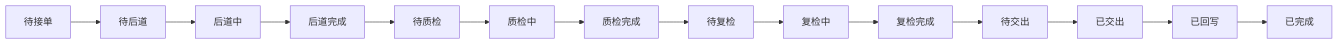
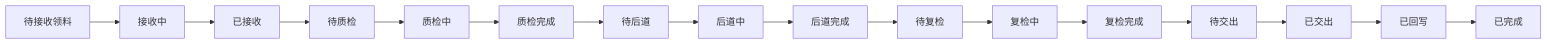
The seventh of 8 diagrams in docs/fcs-post-finishing-and-craft-tabs.md (laoertongxue/higoods), drawn with Mermaid before and after one commit. The commit also changed other lines of this file and 29 other files, not shown here.

````diff
--- a/docs/fcs-post-finishing-and-craft-tabs.md
+++ b/docs/fcs-post-finishing-and-craft-tabs.md
@@ -107,16 +109,18 @@
 ```mermaid
 flowchart LR
-  A[待接单] --> B[待后道]
-  B --> C[后道中]
-  C --> D[后道完成]
-  D --> E[待质检]
-  E --> F[质检中]
-  F --> G[质检完成]
-  G --> H[待复检]
-  H --> I[复检中]
-  I --> J[复检完成]
-  J --> K[待交出]
-  K --> L[已交出]
-  L --> M[已回写]
-  M --> N[已完成]
+  A[待接收领料] --> B[接收中]
+  B --> C[已接收]
+  C --> D[待质检]
+  D --> E[质检中]
+  E --> F[质检完成]
+  F --> G[待后道]
+  G --> H[后道中]
+  H --> I[后道完成]
+  I --> J[待复检]
+  J --> K[复检中]
+  K --> L[复检完成]
+  L --> M[待交出]
+  M --> N[已交出]
+  N --> O[已回写]
+  O --> P[已完成]
 ```
````
